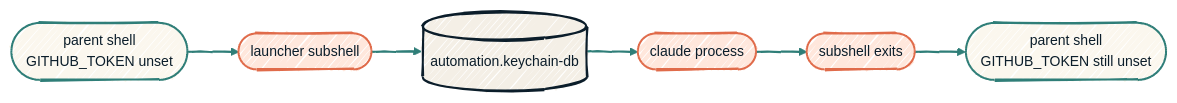
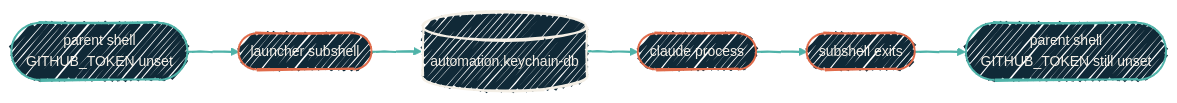
Before and after one commit to dryvist/docs: the diagram in security/local-ai-isolation.mdx, drawn with Mermaid. The commit also changed 11 other files, not shown here.

````diff
--- a/security/local-ai-isolation.mdx
+++ b/security/local-ai-isolation.mdx
@@ -17,23 +17,23 @@
 ```mermaid
-%%{init: {'theme':'base','look':'handDrawn','themeVariables':{'fontFamily':'Geist','fontSize':'14px','primaryColor':'#FBF7EE','primaryTextColor':'#0B1D2A','primaryBorderColor':'#2F7E78','lineColor':'#2F7E78','secondaryColor':'#F4EFE6','tertiaryColor':'#FFE7DC','clusterBkg':'rgba(47,126,120,0.06)','clusterBorder':'#2F7E78'}}}%%
+%%{init: {'theme':'base','look':'handDrawn','themeVariables':{'fontFamily':'Geist','fontSize':'14px','primaryColor':'#102937','primaryTextColor':'#F4EFE6','primaryBorderColor':'#4FB3A9','lineColor':'#4FB3A9','secondaryColor':'#0B1D2A','tertiaryColor':'#1A2A38','clusterBkg':'rgba(79,179,169,0.08)','clusterBorder':'#4FB3A9'}}}%%
 flowchart LR
   P0([parent shell<br/>GITHUB_TOKEN unset])
   Sub([launcher subshell])
   Kc[(automation.keychain-db)]
   Cl([claude process])
   Done([subshell exits])
   P1([parent shell<br/>GITHUB_TOKEN still unset])
 
   P0 --> Sub --> Kc
   Kc --> Cl --> Done --> P1
 
-  classDef host fill:#FBF7EE,stroke:#2F7E78,stroke-width:2px,color:#0B1D2A;
-  classDef ai   fill:#FFE7DC,stroke:#E06B4A,stroke-width:2px,color:#0B1D2A;
-  classDef kc   fill:#F4EFE6,stroke:#0B1D2A,stroke-width:2px,color:#0B1D2A;
+  classDef host fill:#102937,stroke:#4FB3A9,stroke-width:2px,color:#F4EFE6;
+  classDef ai   fill:#102937,stroke:#E06B4A,stroke-width:2px,color:#F4EFE6;
+  classDef kc   fill:#102937,stroke:#F4EFE6,stroke-width:2px,color:#F4EFE6;
 
   class P0,P1 host
   class Sub,Cl,Done ai
   class Kc kc
 
-  linkStyle 0,1,2,3,4 stroke:#2F7E78,stroke-width:2px;
+  linkStyle 0,1,2,3,4 stroke:#4FB3A9,stroke-width:2px;
 ```
````
